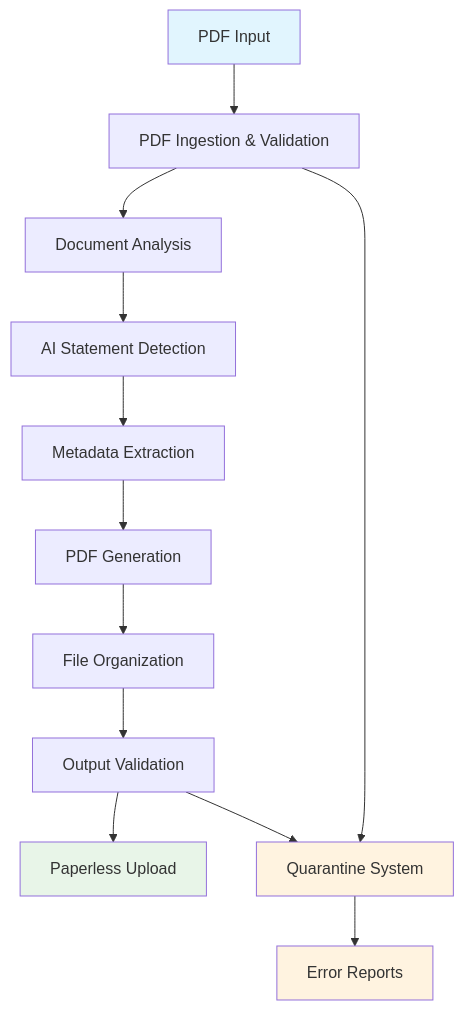
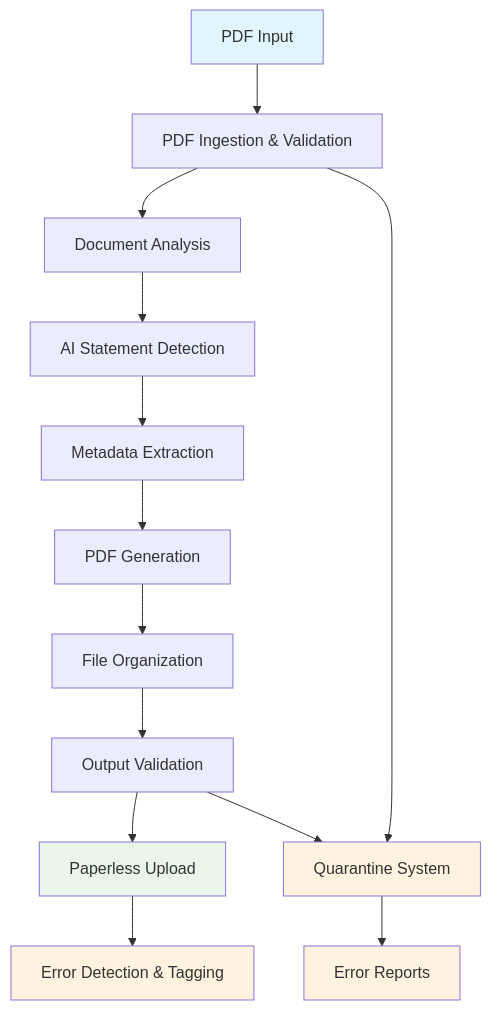
The diagram in docs/index.md (madeinoz67/bank-statement-separator), drawn with Mermaid before and after one commit. The commit also changed other lines of this file and 1 other file, not shown here.

````diff
--- a/docs/index.md
+++ b/docs/index.md
@@ -61,20 +62,22 @@
 ```mermaid
 graph TD
     A[PDF Input] --> B[PDF Ingestion & Validation]
     B --> C[Document Analysis]
     C --> D[AI Statement Detection]
     D --> E[Metadata Extraction]
     E --> F[PDF Generation]
     F --> G[File Organization]
     G --> H[Output Validation]
     H --> I[Paperless Upload]
+    I --> L[Error Detection & Tagging]
 
     B --> J[Quarantine System]
     H --> J
     J --> K[Error Reports]
 
     style A fill:#e1f5fe
     style I fill:#e8f5e8
+    style L fill:#fff3e0
     style J fill:#fff3e0
     style K fill:#fff3e0
 ```
````
